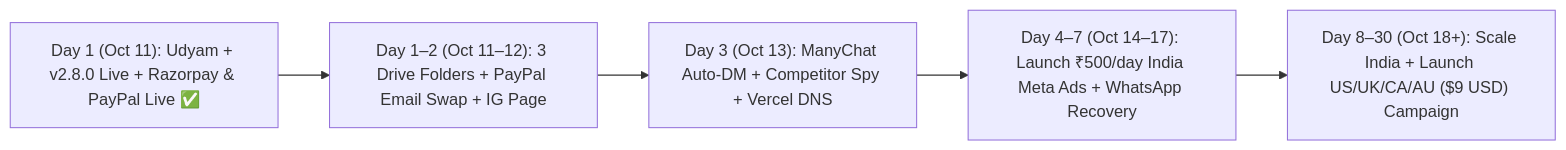
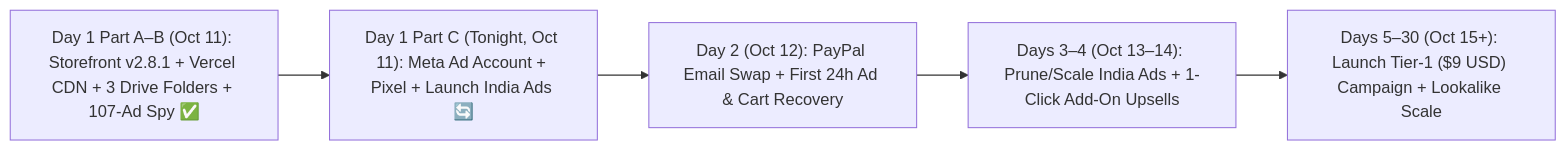
The diagram in docs/ROADMAP.md (wandringspirit/personalabs-academy), drawn with Mermaid before and after one commit. The commit also changed other lines of this file, not shown here.

Commit message:
docs: realign ROADMAP.md execution calendar to reflect Day 1 acceleration

````diff
--- a/docs/ROADMAP.md
+++ b/docs/ROADMAP.md
@@ -5,7 +5,7 @@
 ```mermaid
 flowchart LR
-    A["Day 1 (Oct 11): Udyam + v2.8.0 Live + Razorpay & PayPal Live ✅"] --> B["Day 1–2 (Oct 11–12): 3 Drive Folders + PayPal Email Swap + IG Page"]
-    B --> C["Day 3 (Oct 13): ManyChat Auto-DM + Competitor Spy + Vercel DNS"]
-    C --> D["Day 4–7 (Oct 14–17): Launch ₹500/day India Meta Ads + WhatsApp Recovery"]
-    D --> E["Day 8–30 (Oct 18+): Scale India + Launch US/UK/CA/AU ($9 USD) Campaign"]
+    A["Day 1 Part A–B (Oct 11): Storefront v2.8.1 + Vercel CDN + 3 Drive Folders + 107-Ad Spy ✅"] --> B["Day 1 Part C (Tonight, Oct 11): Meta Ad Account + Pixel + Launch India Ads 🔄"]
+    B --> C["Day 2 (Oct 12): PayPal Email Swap + First 24h Ad & Cart Recovery"]
+    C --> D["Days 3–4 (Oct 13–14): Prune/Scale India Ads + 1-Click Add-On Upsells"]
+    D --> E["Days 5–30 (Oct 15+): Launch Tier-1 ($9 USD) Campaign + Lookalike Scale"]
 ```
````
